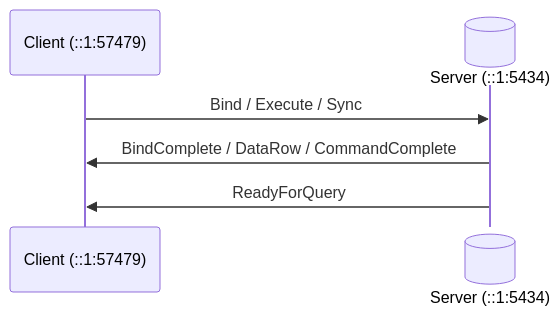
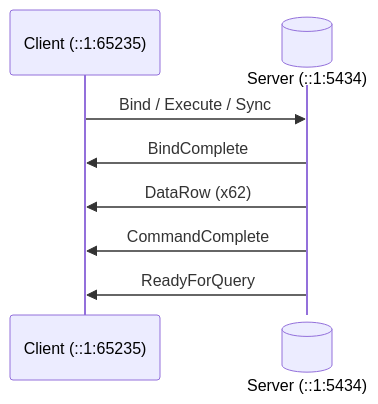
One commit to xfischer/pg_protoexport changed the third of 4 diagrams in docs/examples/exports/pagila-05-extended-query-named-prepared-statement/capture.mermaid.seq.md. Above: the diagram before and after it, drawn with Mermaid. The commit also changed other lines of this file and 135 other files, not shown here.

````diff
--- a/docs/examples/exports/pagila-05-extended-query-named-prepared-statement/capture.mermaid.seq.md
+++ b/docs/examples/exports/pagila-05-extended-query-named-prepared-statement/capture.mermaid.seq.md
@@ -20,8 +22,10 @@
 ```mermaid
 sequenceDiagram
-    participant C as Client (::1:57479)
+    participant C as Client (::1:65235)
     participant S@{ "type" : "database" } as Server (::1:5434)
     C->>S: Bind / Execute / Sync
-    S->>C: BindComplete / DataRow / CommandComplete
+    S->>C: BindComplete
+    S->>C: DataRow (x62)
+    S->>C: CommandComplete
     S->>C: ReadyForQuery
 ```
````
